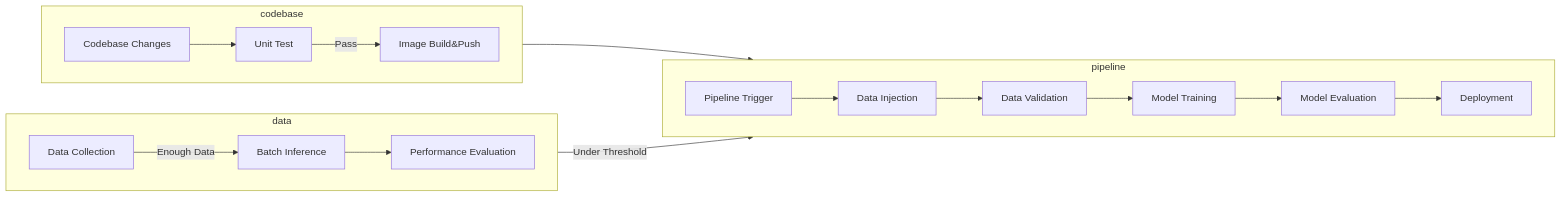
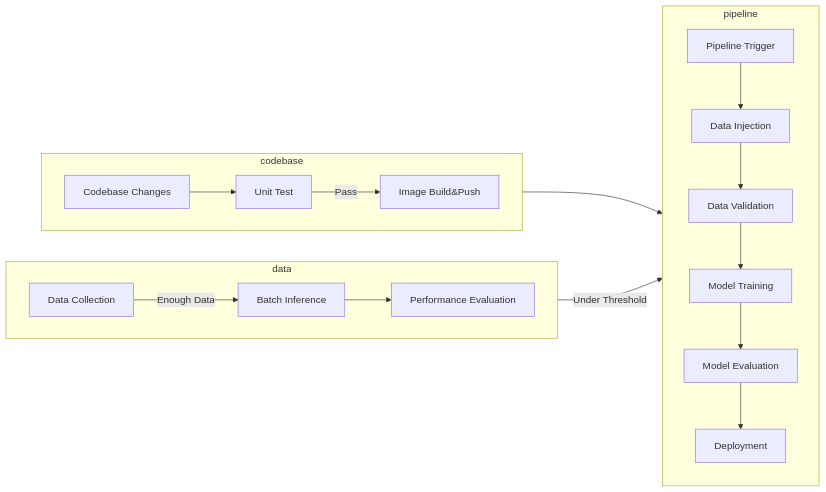
The diagram in README.md (deep-diver/complete-mlops-system-workflow), drawn with Mermaid before and after one commit.

````diff
--- a/README.md
+++ b/README.md
@@ -7,27 +7,27 @@
 ```mermaid
   flowchart LR;
       subgraph codebase
       direction LR
       A[Codebase Changes]-->B[Unit Test];
       B--Pass-->C[Image Build&Push];
       end
       
       subgraph data
       direction LR
       E[Data Collection]--Enough Data-->F[Batch Inference];
       F-->G[Performance Evaluation];
       end
       
       subgraph pipeline
-      direction LR
+      direction TD
       D[Pipeline Trigger]
       -->H[Data Injection];
       H-->I[Data Validation];
       I-->J[Model Training];
       J-->K[Model Evaluation];
       K-->L[Deployment];
       end
       
       codebase-->pipeline;
       data--Under Threshold-->pipeline;
 ```
````
